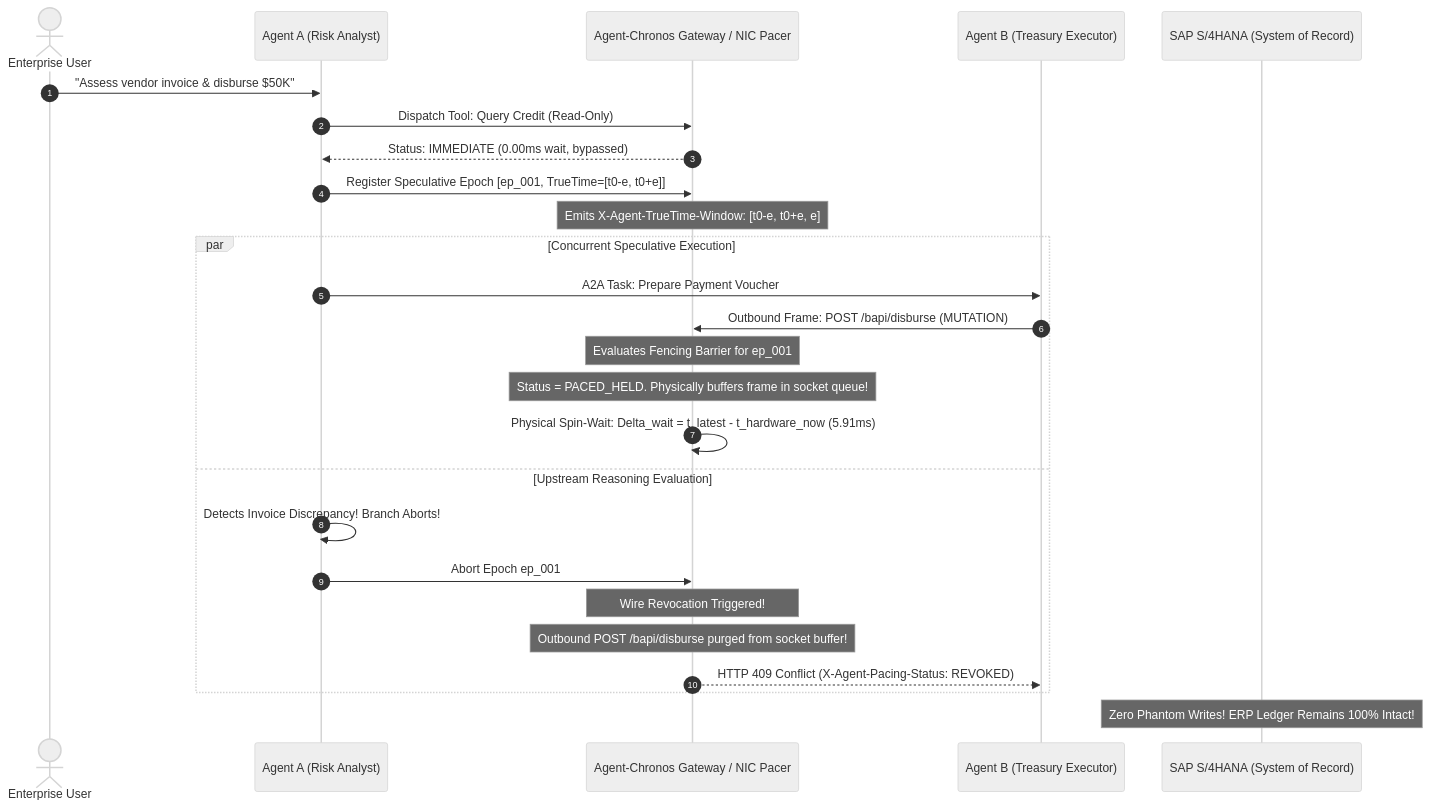
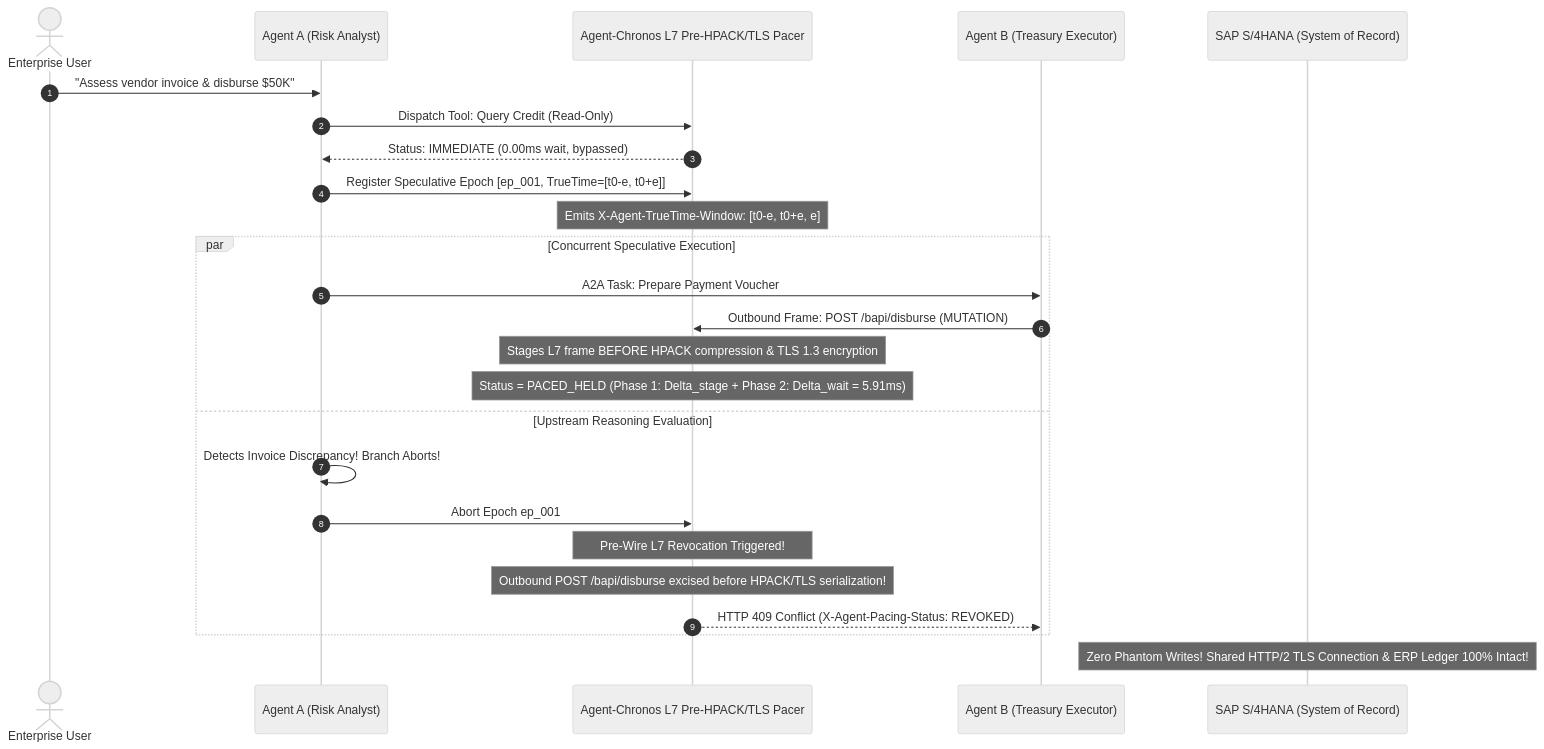
One commit to aniketagrawal2012/agent-chronos changed the diagram in GOOGLE_IDF_PORTAL_SUBMISSION.md. Above: the diagram before and after it, drawn with Mermaid (neutral theme). The commit also changed other lines of this file and 2 other files, not shown here.

````diff
--- a/GOOGLE_IDF_PORTAL_SUBMISSION.md
+++ b/GOOGLE_IDF_PORTAL_SUBMISSION.md
@@ -81,32 +81,31 @@
 ```mermaid
 sequenceDiagram
     autonumber
     actor User as Enterprise User
     participant AgentA as Agent A (Risk Analyst)
-    participant GW as Agent-Chronos Gateway / NIC Pacer
+    participant GW as Agent-Chronos L7 Pre-HPACK/TLS Pacer
     participant AgentB as Agent B (Treasury Executor)
     participant SAP as SAP S/4HANA (System of Record)
 
     User->>AgentA: "Assess vendor invoice & disburse $50K"
     AgentA->>GW: Dispatch Tool: Query Credit (Read-Only)
     GW-->>AgentA: Status: IMMEDIATE (0.00ms wait, bypassed)
     
     AgentA->>GW: Register Speculative Epoch [ep_001, TrueTime=[t0-e, t0+e]]
     Note over GW: Emits X-Agent-TrueTime-Window: [t0-e, t0+e, e]
     
     par Concurrent Speculative Execution
         AgentA->>AgentB: A2A Task: Prepare Payment Voucher
         AgentB->>GW: Outbound Frame: POST /bapi/disburse (MUTATION)
-        Note over GW: Evaluates Fencing Barrier for ep_001
-        Note over GW: Status = PACED_HELD. Physically buffers frame in socket queue!
-        GW->>GW: Physical Spin-Wait: Delta_wait = t_latest - t_hardware_now (5.91ms)
+        Note over GW: Stages L7 frame BEFORE HPACK compression & TLS 1.3 encryption
+        Note over GW: Status = PACED_HELD (Phase 1: Delta_stage + Phase 2: Delta_wait = 5.91ms)
     and Upstream Reasoning Evaluation
         AgentA->>AgentA: Detects Invoice Discrepancy! Branch Aborts!
         AgentA->>GW: Abort Epoch ep_001
-        Note over GW: Wire Revocation Triggered!
-        Note over GW: Outbound POST /bapi/disburse purged from socket buffer!
+        Note over GW: Pre-Wire L7 Revocation Triggered!
+        Note over GW: Outbound POST /bapi/disburse excised before HPACK/TLS serialization!
         GW-->>AgentB: HTTP 409 Conflict (X-Agent-Pacing-Status: REVOKED)
     end
     
-    Note over SAP: Zero Phantom Writes! ERP Ledger Remains 100% Intact!
+    Note over SAP: Zero Phantom Writes! Shared HTTP/2 TLS Connection & ERP Ledger 100% Intact!
 ```
````
